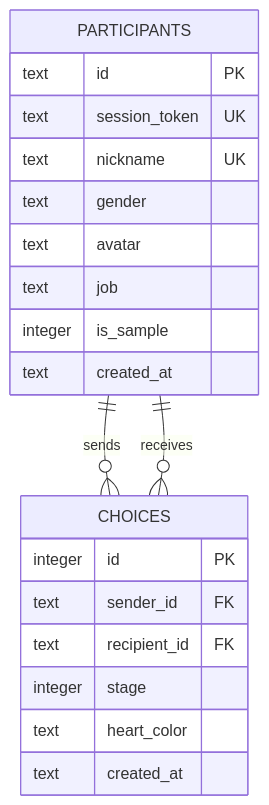
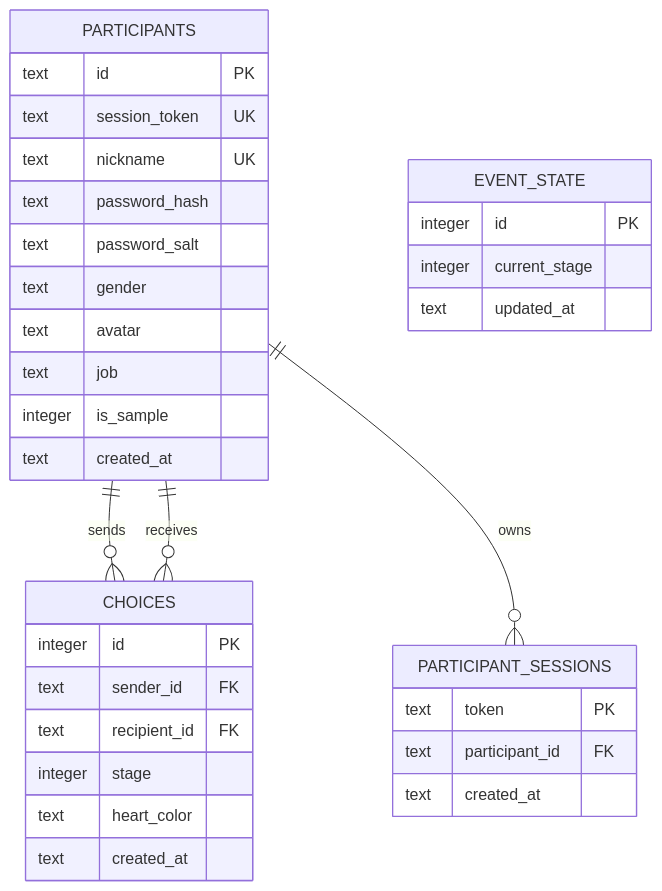
Before and after one commit to younsonx/cnu_some-one_project: the diagram in docs/DATABASE_AND_API.md, drawn with Mermaid. The commit also changed other lines of this file and 15 other files, not shown here.

````diff
--- a/docs/DATABASE_AND_API.md
+++ b/docs/DATABASE_AND_API.md
@@ -5,25 +5,40 @@
 ```mermaid
 erDiagram
     PARTICIPANTS ||--o{ CHOICES : sends
     PARTICIPANTS ||--o{ CHOICES : receives
+    PARTICIPANTS ||--o{ PARTICIPANT_SESSIONS : owns
 
     PARTICIPANTS {
       text id PK
       text session_token UK
       text nickname UK
+      text password_hash
+      text password_salt
       text gender
       text avatar
       text job
       integer is_sample
       text created_at
+    }
+
+    PARTICIPANT_SESSIONS {
+      text token PK
+      text participant_id FK
+      text created_at
+    }
+
+    EVENT_STATE {
+      integer id PK
+      integer current_stage
+      text updated_at
     }
 
     CHOICES {
       integer id PK
       text sender_id FK
       text recipient_id FK
       integer stage
       text heart_color
       text created_at
     }
 ```
````
